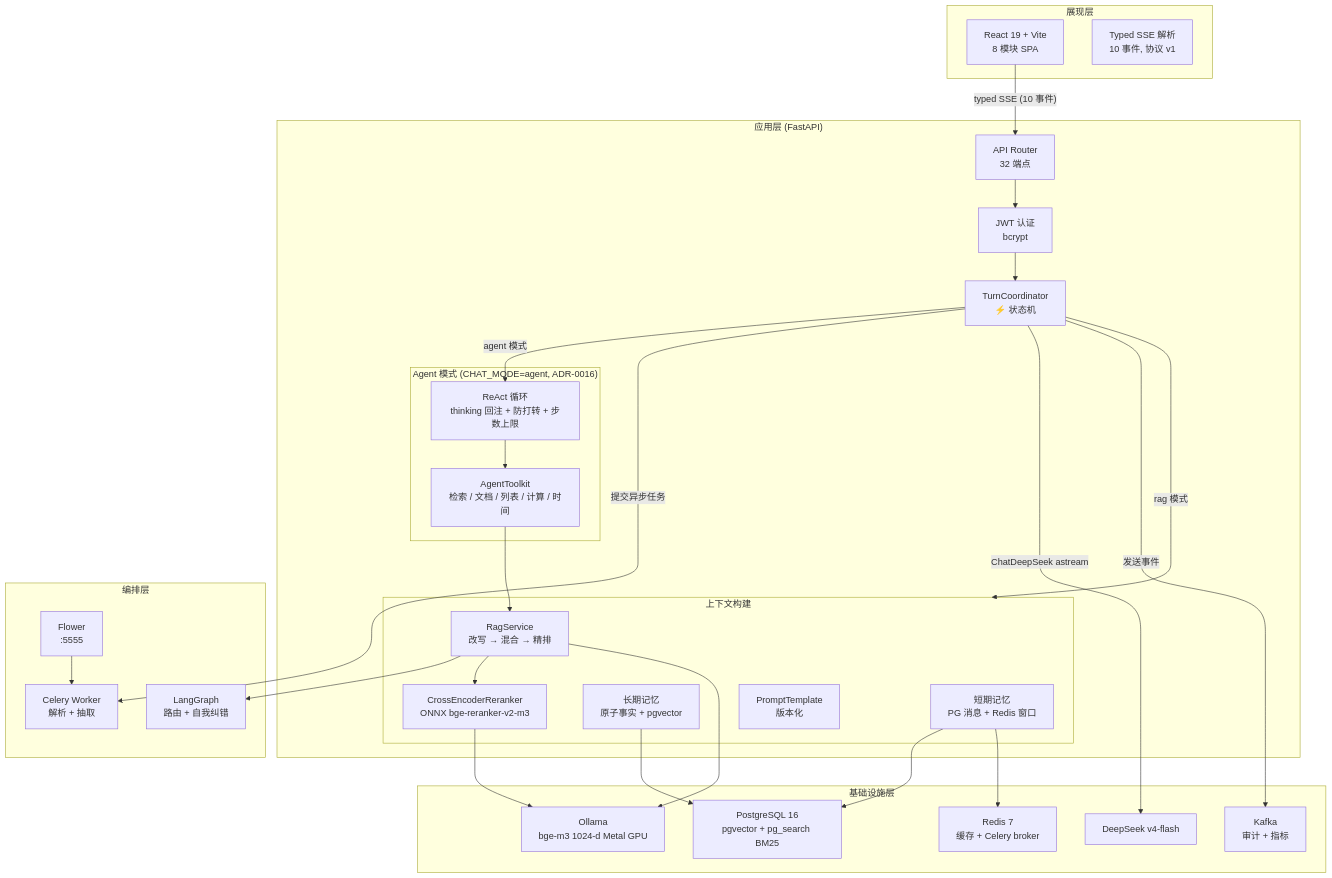
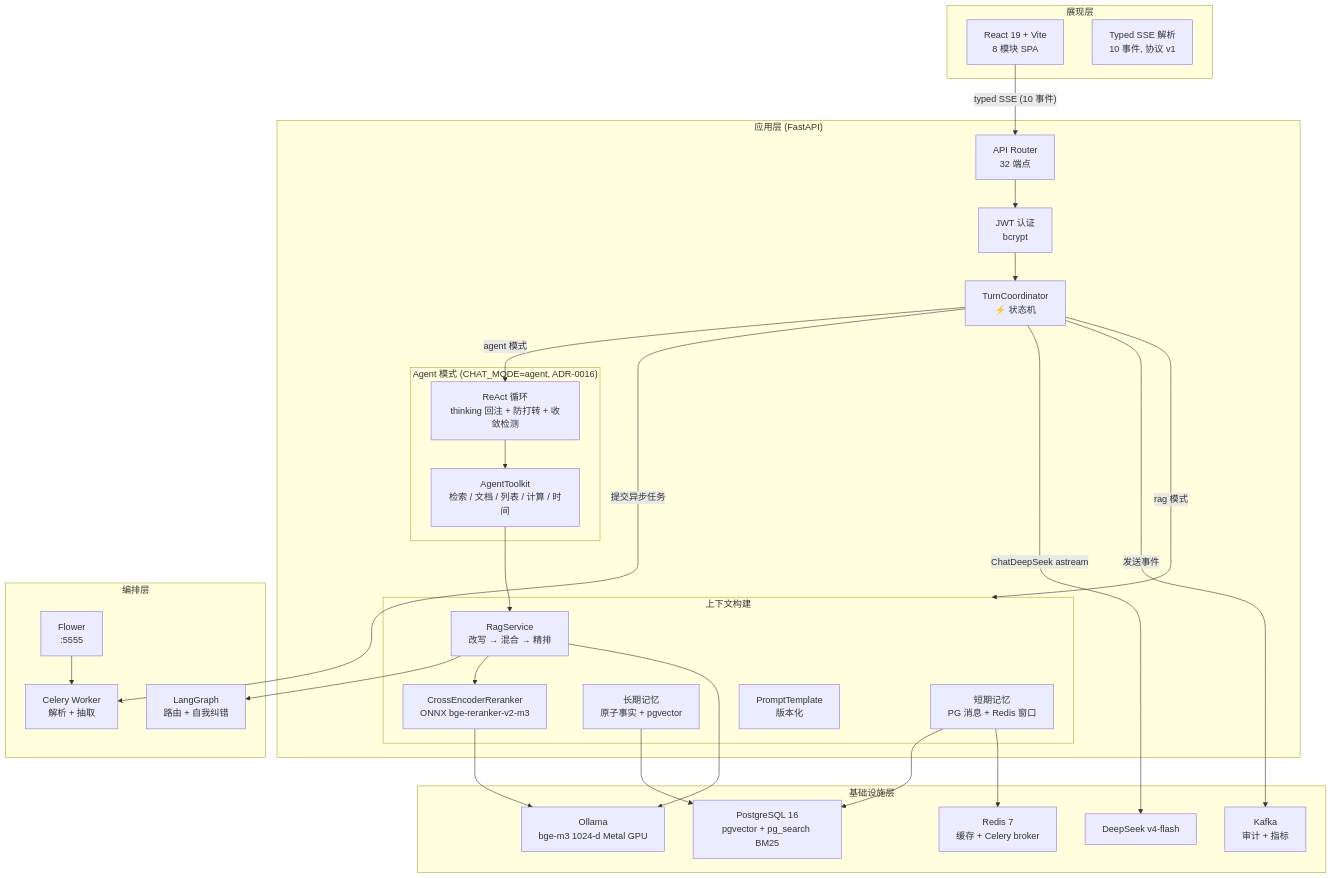
One commit to KevinDeng-0411/CodeAware changed the first of 5 diagrams in README.zh-CN.md. Above: the diagram before and after it, drawn with Mermaid. The commit also changed other lines of this file and 1 other file, not shown here.

First line of the commit message:
docs: README 反映 Agent 停止判断优化（收敛检测）

````diff
--- a/README.zh-CN.md
+++ b/README.zh-CN.md
@@ -123,59 +124,59 @@
 ```mermaid
 graph TB
     subgraph Presentation["展现层"]
         React["React 19 + Vite<br/>8 模块 SPA"]
         SSE["Typed SSE 解析<br/>10 事件, 协议 v1"]
     end
 
     subgraph Application["应用层 (FastAPI)"]
         Router["API Router<br/>32 端点"]
         Auth["JWT 认证<br/>bcrypt"]
         TC["TurnCoordinator<br/>⚡ 状态机"]
 
         subgraph Context["上下文构建"]
             STM["短期记忆<br/>PG 消息 + Redis 窗口"]
             LTM["长期记忆<br/>原子事实 + pgvector"]
             RAG["RagService<br/>改写 → 混合 → 精排"]
             RR["CrossEncoderReranker<br/>ONNX bge-reranker-v2-m3"]
             PT["PromptTemplate<br/>版本化"]
         end
 
         subgraph Agent["Agent 模式 (CHAT_MODE=agent, ADR-0016)"]
-            RL["ReAct 循环<br/>thinking 回注 + 防打转 + 步数上限"]
+            RL["ReAct 循环<br/>thinking 回注 + 防打转 + 收敛检测"]
             AT["AgentToolkit<br/>检索 / 文档 / 列表 / 计算 / 时间"]
         end
     end
 
     subgraph Orchestration["编排层"]
         LG["LangGraph<br/>路由 + 自我纠错"]
         Celery["Celery Worker<br/>解析 + 抽取"]
         Flower["Flower<br/>:5555"]
     end
 
     subgraph Infrastructure["基础设施层"]
         PG["PostgreSQL 16<br/>pgvector + pg_search BM25"]
         Redis["Redis 7<br/>缓存 + Celery broker"]
         Kafka["Kafka<br/>审计 + 指标"]
         Ollama["Ollama<br/>bge-m3 1024-d Metal GPU"]
         DS["DeepSeek v4-flash"]
     end
 
     React -->|"typed SSE (10 事件)"| Router
     Router --> Auth
     Auth --> TC
     TC -->|"rag 模式"| Context
     TC -->|"agent 模式"| RL
     RL --> AT
     AT --> RAG
     RAG --> LG
     RAG --> RR
     TC -->|"提交异步任务"| Celery
     Flower --> Celery
     STM --> PG
     STM --> Redis
     LTM --> PG
     RR --> Ollama
     RAG --> Ollama
     TC -->|"ChatDeepSeek astream"| DS
     TC -->|"发送事件"| Kafka
 ```
````
